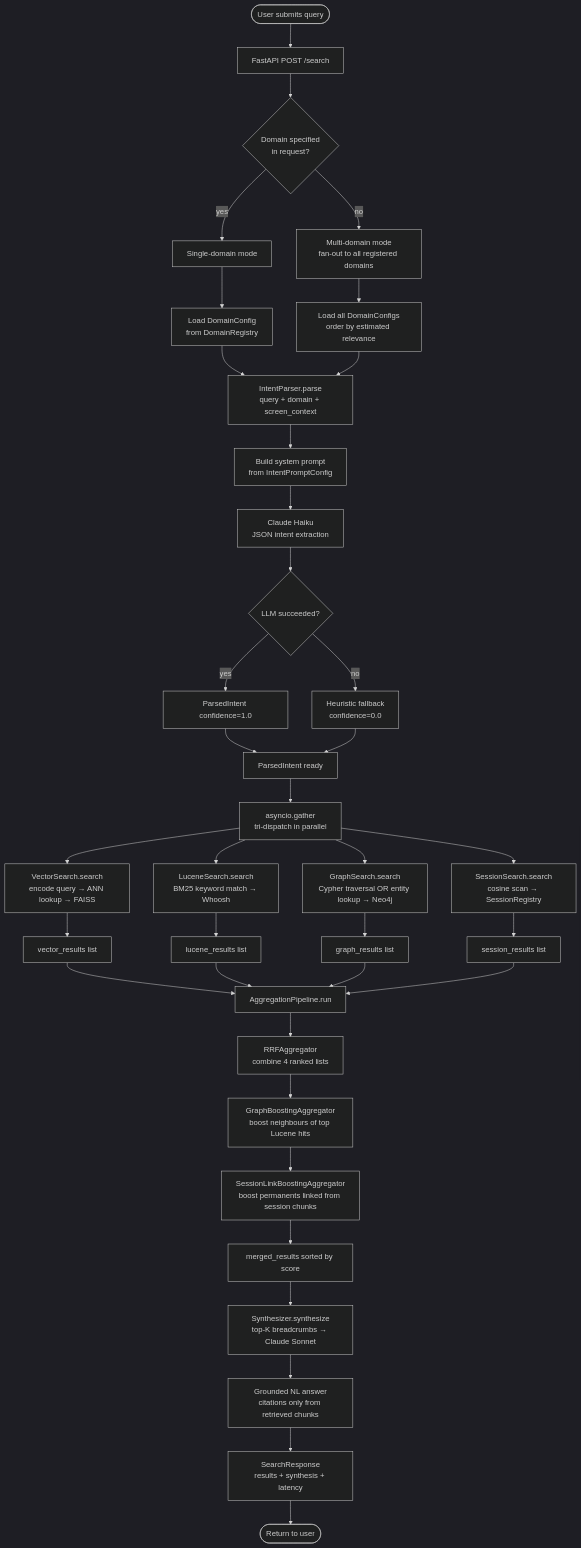
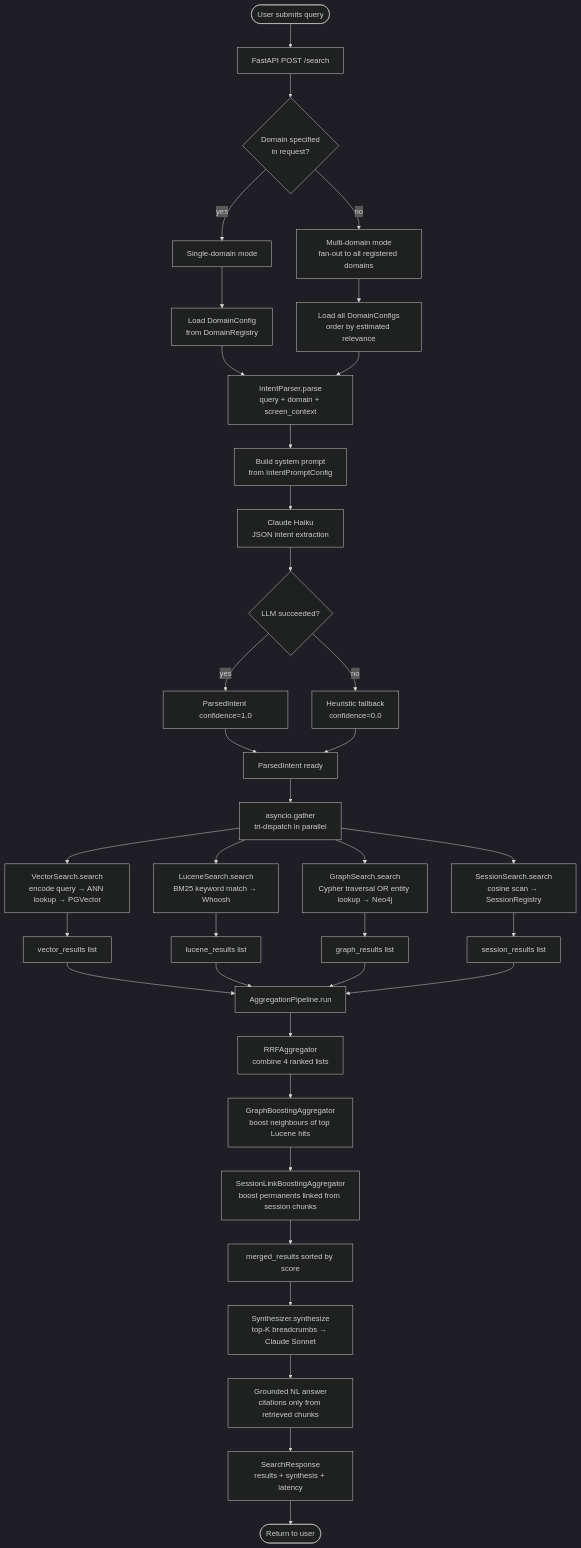
One commit to maheshyaddanapudi/trilayer-generic-search changed the second of 9 diagrams in docs/08-flow-diagrams.md. Above: the diagram before and after it, drawn with Mermaid (dark theme). The commit also changed other lines of this file and 8 other files, not shown here.

Commit message:
docs: describe vector index as PGVector (matches implementation); remove FAISS references

````diff
--- a/docs/08-flow-diagrams.md
+++ b/docs/08-flow-diagrams.md
@@ -65,50 +65,50 @@
 ```mermaid
 flowchart TD
     A([User submits query]) --> B[FastAPI POST /search]
     B --> C{Domain specified\nin request?}
 
     C -->|yes| D[Single-domain mode]
     C -->|no| E[Multi-domain mode\nfan-out to all registered domains]
 
     D --> F[Load DomainConfig\nfrom DomainRegistry]
     E --> G[Load all DomainConfigs\norder by estimated relevance]
 
     F --> H[IntentParser.parse\nquery + domain + screen_context]
     G --> H
 
     H --> I[Build system prompt\nfrom IntentPromptConfig]
     I --> J[Claude Haiku\nJSON intent extraction]
     J --> K{LLM succeeded?}
     K -->|yes| L[ParsedIntent confidence=1.0]
     K -->|no| M[Heuristic fallback\nconfidence=0.0]
     L --> N
     M --> N
 
     N[ParsedIntent ready] --> O[asyncio.gather\ntri-dispatch in parallel]
 
-    O --> P[VectorSearch.search\nencode query → ANN lookup → FAISS]
+    O --> P[VectorSearch.search\nencode query → ANN lookup → PGVector]
     O --> Q[LuceneSearch.search\nBM25 keyword match → Whoosh]
     O --> R[GraphSearch.search\nCypher traversal OR entity lookup → Neo4j]
     O --> RS[SessionSearch.search\ncosine scan → SessionRegistry]
 
     P --> S[vector_results list]
     Q --> T[lucene_results list]
     R --> U[graph_results list]
     RS --> US[session_results list]
 
     S --> V[AggregationPipeline.run]
     T --> V
     U --> V
     US --> V
 
     V --> W[RRFAggregator\ncombine 4 ranked lists]
     W --> X[GraphBoostingAggregator\nboost neighbours of top Lucene hits]
     X --> XS[SessionLinkBoostingAggregator\nboost permanents linked from session chunks]
     XS --> Y[merged_results sorted by score]
 
     Y --> Z[Synthesizer.synthesize\ntop-K breadcrumbs → Claude Sonnet]
     Z --> AA[Grounded NL answer\ncitations only from retrieved chunks]
 
     AA --> AB[SearchResponse\nresults + synthesis + latency]
     AB --> AC([Return to user])
 ```
````
